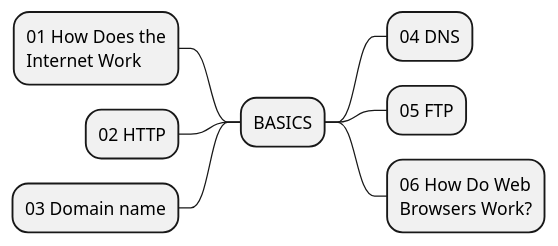
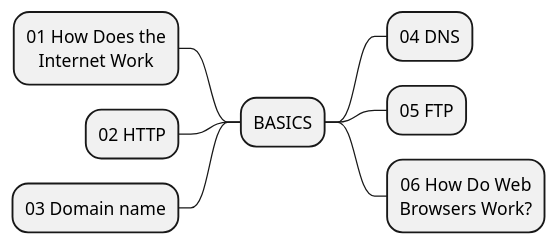
Before and after one commit to mrPronin/edu-web: the diagram in diagrams/01-basics.iuml, drawn with PlantUML. The commit also changed 7 other files, not shown here.

```diff
--- a/diagrams/01-basics.iuml
+++ b/diagrams/01-basics.iuml
@@ -1,17 +1,17 @@
 @startmindmap BASICS
 <style>
 node {
     MaximumWidth 150
-    HorizontalAlignment left
+    HorizontalAlignment center
 }
 </style>
 
 +  BASICS
 -- 01 How Does the Internet Work
 -- 02 HTTP
 -- 03 Domain name
 ++ 04 DNS
 ++ 05 FTP
 ++ 06 How Do Web Browsers Work?
 
 @endmindmap
```
